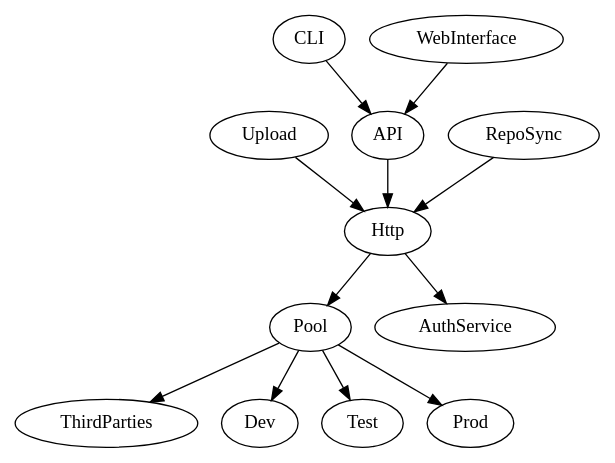
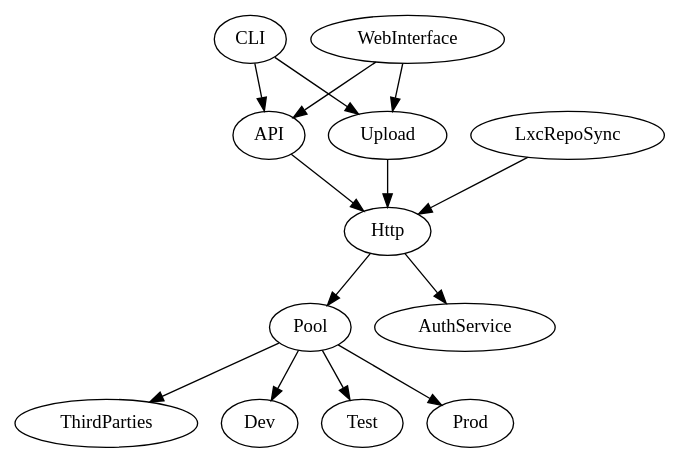
Before and after one commit to abique/helori: the diagram in doc/overview.dot, drawn with Graphviz. The commit also changed 8 other files, not shown here.

```diff
--- a/doc/overview.dot
+++ b/doc/overview.dot
@@ -1,18 +1,20 @@
 digraph Overview {
   Pool -> ThirdParties;
   Pool -> Dev;
   Pool -> Test;
   Pool -> Prod;
 
   Http -> AuthService;
 
   Http -> Pool;
 
   Upload -> Http;
   API -> Http;
-  RepoSync -> Http;
+  LxcRepoSync -> Http;
 
   CLI -> API;
+  CLI -> Upload;
 
   WebInterface -> API;
+  WebInterface -> Upload;
 }
```
